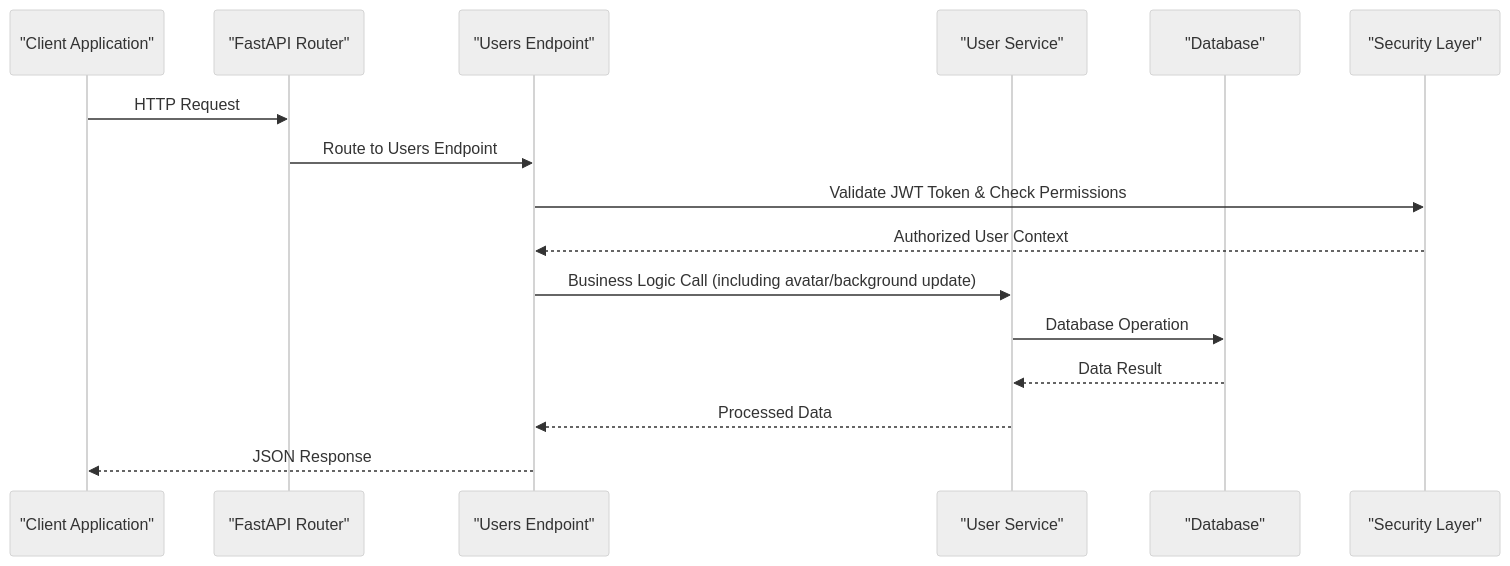
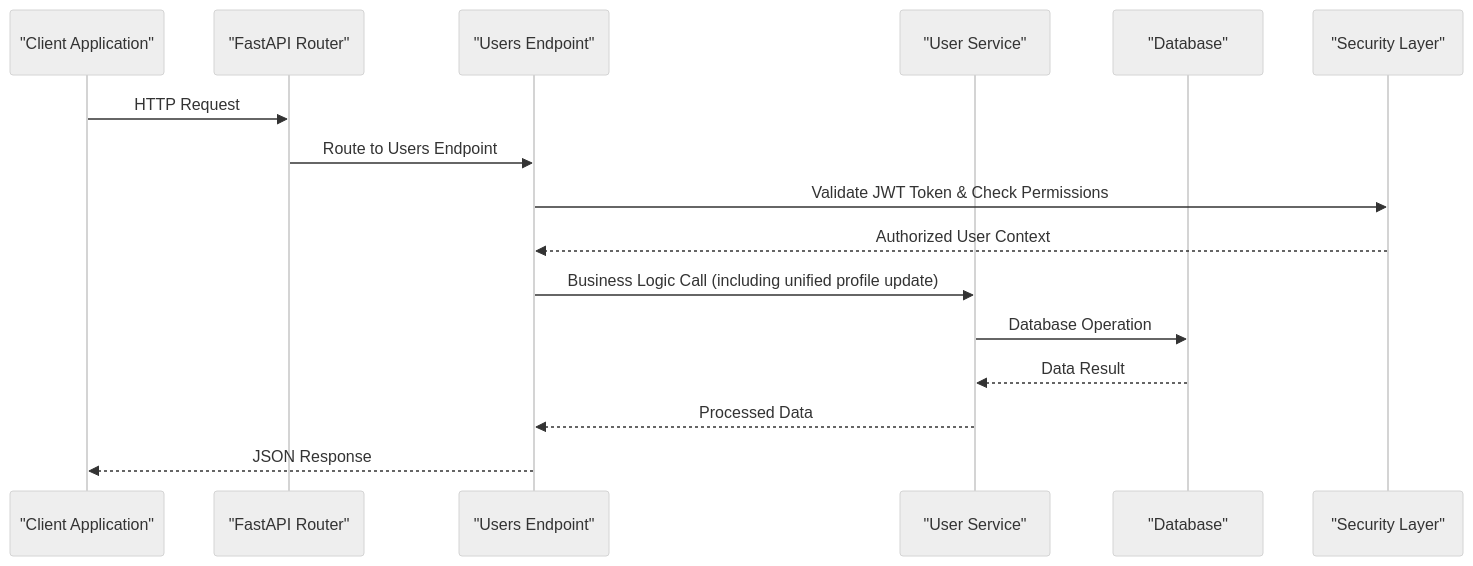
One commit to Nikita5543/New-SSO-02 changed the second of 6 diagrams in .qoder/repowiki/en/content/Core API Reference/User Management Endpoints.md. Above: the diagram before and after it, drawn with Mermaid (neutral theme). The commit also changed other lines of this file and 3 other files, not shown here.

First line of the commit message:
feat(user): add unified profile update with theme and background support

````diff
--- a/.qoder/repowiki/en/content/Core API Reference/User Management Endpoints.md
+++ b/.qoder/repowiki/en/content/Core API Reference/User Management Endpoints.md
@@ -125,18 +135,18 @@
 ```mermaid
 sequenceDiagram
 participant Client as "Client Application"
 participant API as "FastAPI Router"
 participant Endpoint as "Users Endpoint"
 participant Service as "User Service"
 participant DB as "Database"
 participant Security as "Security Layer"
 Client->>API : HTTP Request
 API->>Endpoint : Route to Users Endpoint
 Endpoint->>Security : Validate JWT Token & Check Permissions
 Security-->>Endpoint : Authorized User Context
-Endpoint->>Service : Business Logic Call (including avatar/background update)
+Endpoint->>Service : Business Logic Call (including unified profile update)
 Service->>DB : Database Operation
 DB-->>Service : Data Result
 Service-->>Endpoint : Processed Data
 Endpoint-->>Client : JSON Response
 ```
````
